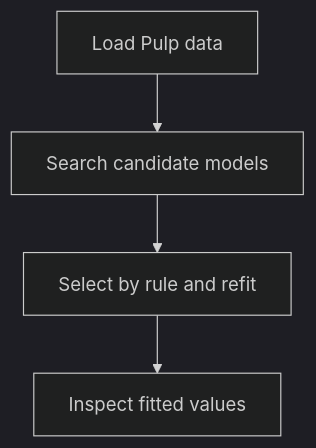
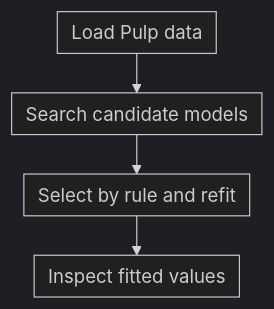
Before and after one commit to stefanlindstroem/pipls_private: the diagram in docs/tutorials/quick_start.md, drawn with Mermaid (dark theme). The commit also changed 6 other files, not shown here.

Commit message:
Add Mermaid flowchart styling

````diff
--- a/docs/tutorials/quick_start.md
+++ b/docs/tutorials/quick_start.md
@@ -10,9 +10,17 @@
 ```mermaid
+---
+config:
+  flowchart:
+    diagramPadding: 4
+    padding: 6
+    nodeSpacing: 28
+    rankSpacing: 34
+---
 flowchart TD
     load["Load Pulp data"]
     search["Search candidate models"]
     refit["Select by rule and refit"]
     inspect["Inspect fitted values"]
 
     load --> search --> refit --> inspect
 ```
````
